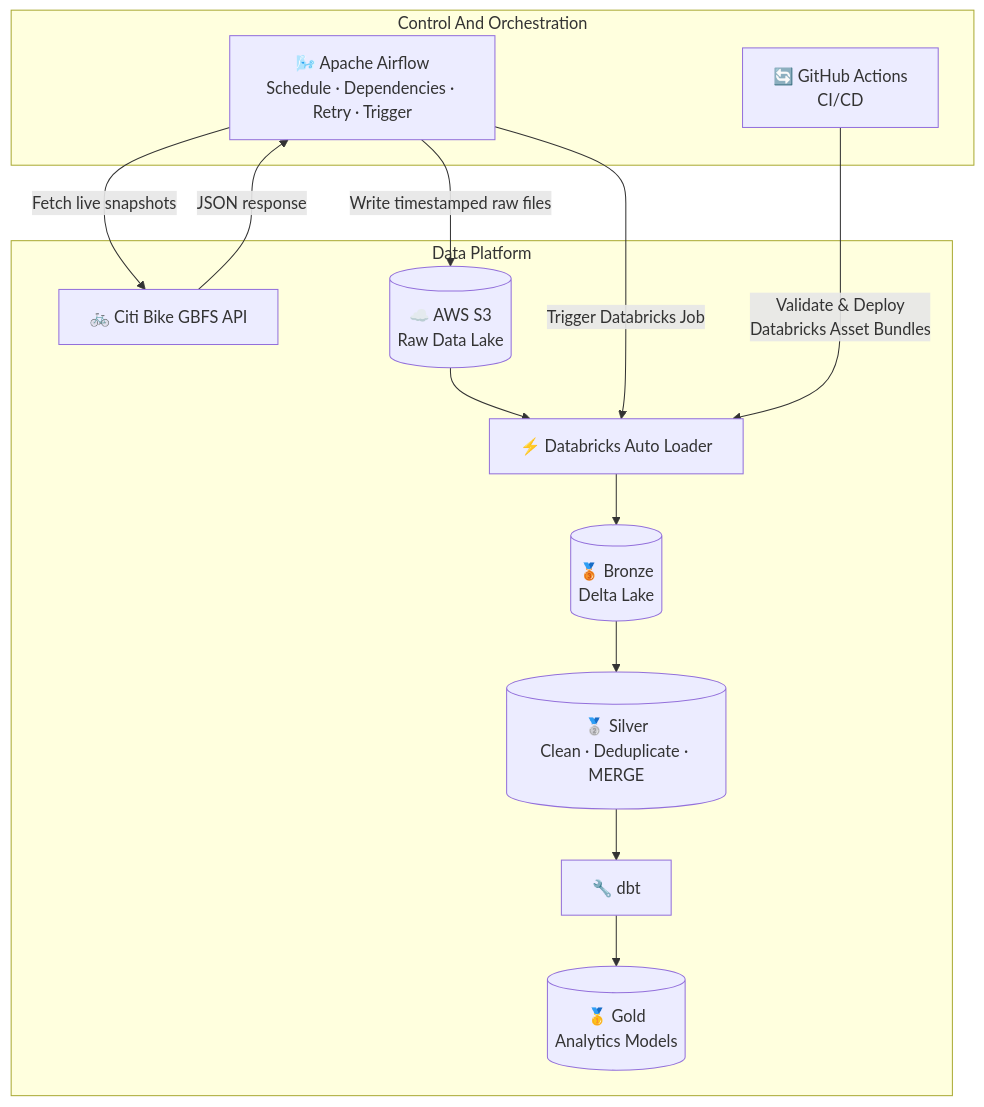
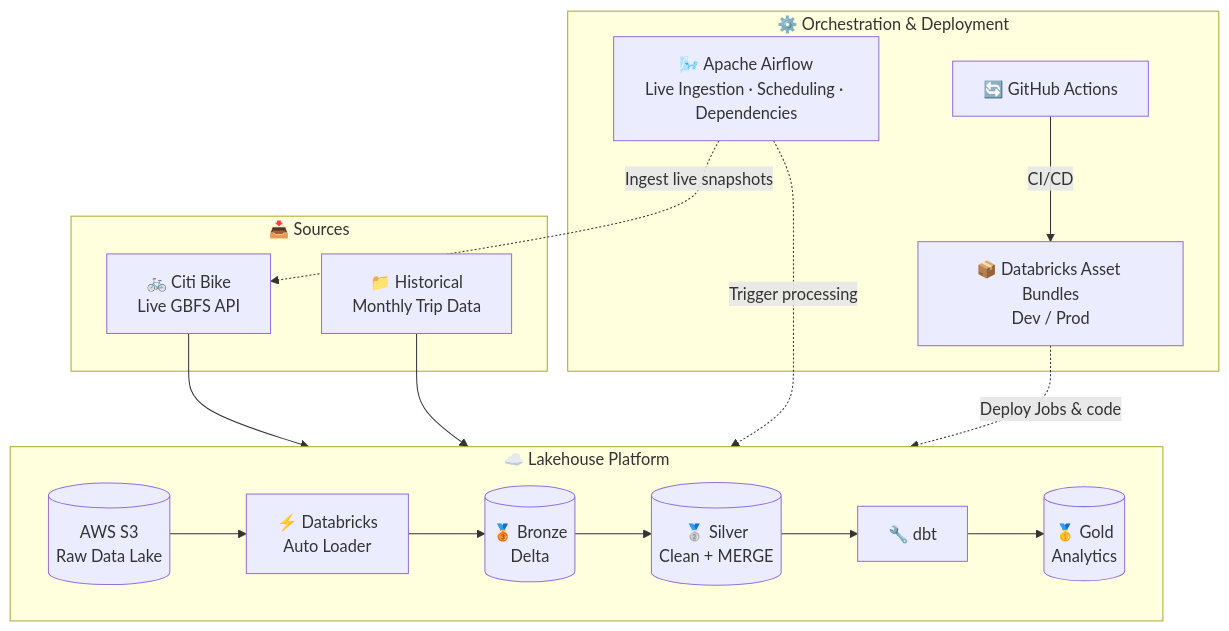
One commit to Tom0809/citibike-data-platform changed the first of 3 diagrams in README.md. Above: the diagram before and after it, drawn with Mermaid.

Commit message:
Update README with enhanced architecture and details

````diff
--- a/README.md
+++ b/README.md
@@ -13,31 +13,34 @@
 ```mermaid
 flowchart TB
 
-    subgraph CONTROL["Control And Orchestration"]
-        AF["🌬️ Apache Airflow<br/>Schedule · Dependencies · Retry · Trigger"]
-        CI["🔄 GitHub Actions<br/>CI/CD"]
+    subgraph CONTROL["⚙️ Orchestration & Deployment"]
+        AF["🌬️ Apache Airflow<br/>Live Ingestion · Scheduling · Dependencies"]
+        GHA["🔄 GitHub Actions"]
+        DAB["📦 Databricks Asset Bundles<br/>Dev / Prod"]
+        GHA -->|"CI/CD"| DAB
     end
 
-    subgraph DATA["Data Platform"]
-        API["🚲 Citi Bike GBFS API"]
-        S3[("☁️ AWS S3<br/>Raw Data Lake")]
-        AL["⚡ Databricks Auto Loader"]
-        B[("🥉 Bronze<br/>Delta Lake")]
-        S[("🥈 Silver<br/>Clean · Deduplicate · MERGE")]
-        DBT["🔧 dbt"]
-        G[("🥇 Gold<br/>Analytics Models")]
+    subgraph SOURCES["📥 Sources"]
+        LIVE["🚲 Citi Bike<br/>Live GBFS API"]
+        HIST["📁 Historical<br/>Monthly Trip Data"]
     end
 
-    AF -->|"Fetch live snapshots"| API
-    API -->|"JSON response"| AF
-    AF -->|"Write timestamped raw files"| S3
+    subgraph PLATFORM["☁️ Lakehouse Platform"]
+        direction LR
+        S3[("AWS S3<br/>Raw Data Lake")]
+        AUTO["⚡ Databricks<br/>Auto Loader"]
+        BRONZE[("🥉 Bronze<br/>Delta")]
+        SILVER[("🥈 Silver<br/>Clean + MERGE")]
+        DBT["🔧 dbt"]
+        GOLD[("🥇 Gold<br/>Analytics")]
 
-    S3 --> AL
-    AL --> B
-    B --> S
-    S --> DBT
-    DBT --> G
+        S3 --> AUTO --> BRONZE --> SILVER --> DBT --> GOLD
+    end
 
-    AF -->|"Trigger Databricks Job"| AL
-    CI -->|"Validate & Deploy<br/>Databricks Asset Bundles"| AL
+    LIVE --> S3
+    HIST --> S3
+
+    AF -. "Ingest live snapshots" .-> LIVE
+    AF -. "Trigger processing" .-> AUTO
+    DAB -. "Deploy Jobs & code" .-> AUTO
 ```
````
